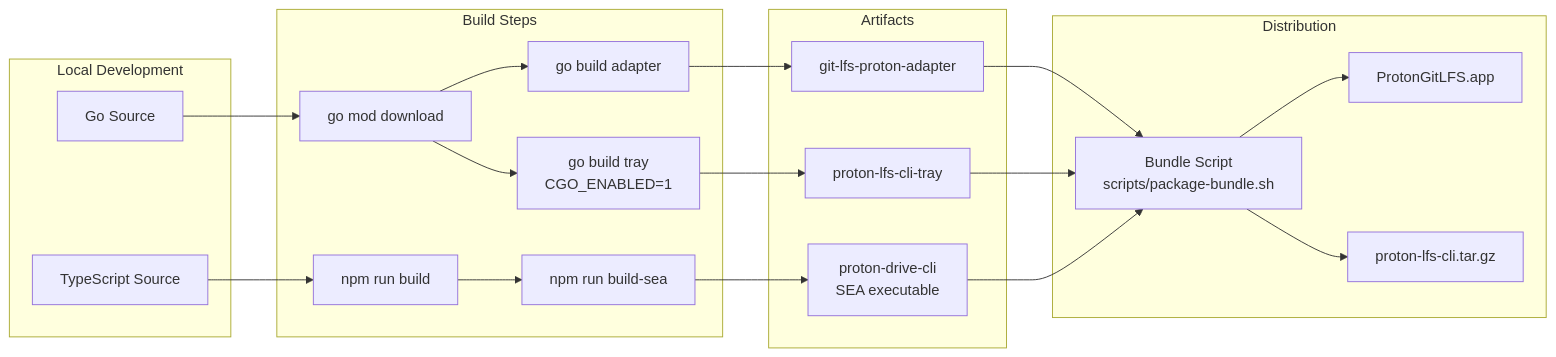
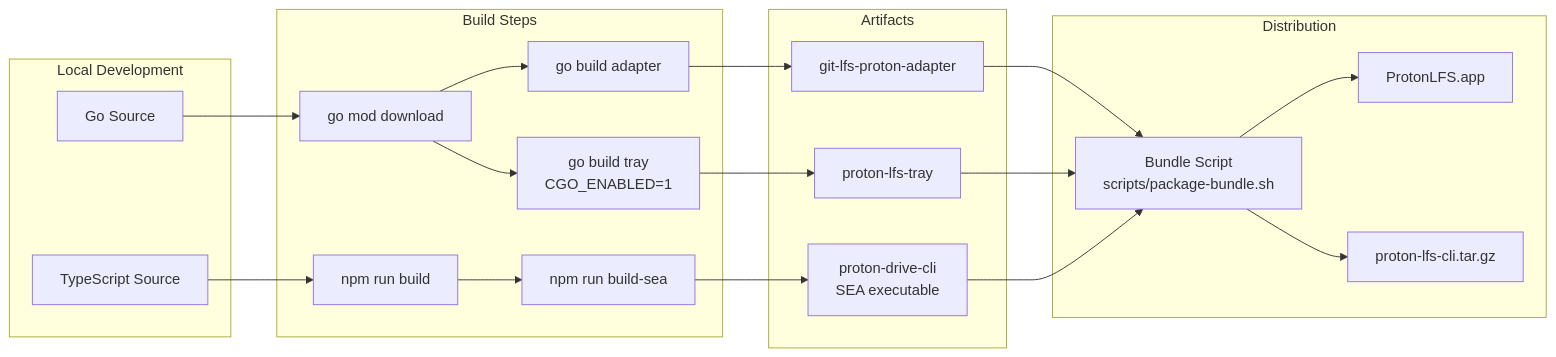
Diagram 12 of 14 in docs/architecture/architecture.md (SevenOfNine-labs/proton-lfs-cli), drawn with Mermaid before and after one commit. The commit also changed other lines of this file and 41 other files, not shown here.

````diff
--- a/docs/architecture/architecture.md
+++ b/docs/architecture/architecture.md
@@ -650,46 +654,46 @@
 ```mermaid
 flowchart LR
     subgraph "Local Development"
         SrcGo[Go Source]
         SrcTS[TypeScript Source]
     end
 
     subgraph "Build Steps"
         GoMod[go mod download]
         TSBuild[npm run build]
         SEA[npm run build-sea]
         GoBuild[go build adapter]
         TrayBuild[go build tray<br/>CGO_ENABLED=1]
     end
 
     subgraph "Artifacts"
         AdapterBin[git-lfs-proton-adapter]
-        TrayBin[proton-lfs-cli-tray]
+        TrayBin[proton-lfs-tray]
         CLIBin[proton-drive-cli<br/>SEA executable]
     end
 
     subgraph "Distribution"
         Bundle[Bundle Script<br/>scripts/package-bundle.sh]
-        macOSApp[ProtonGitLFS.app]
+        macOSApp[ProtonLFS.app]
         LinuxTar[proton-lfs-cli.tar.gz]
     end
 
     SrcGo --> GoMod
     SrcTS --> TSBuild
     TSBuild --> SEA
 
     GoMod --> GoBuild
     GoMod --> TrayBuild
 
     GoBuild --> AdapterBin
     TrayBuild --> TrayBin
     SEA --> CLIBin
 
     AdapterBin --> Bundle
     TrayBin --> Bundle
     CLIBin --> Bundle
 
     Bundle --> macOSApp
     Bundle --> LinuxTar
 
 ```
````
